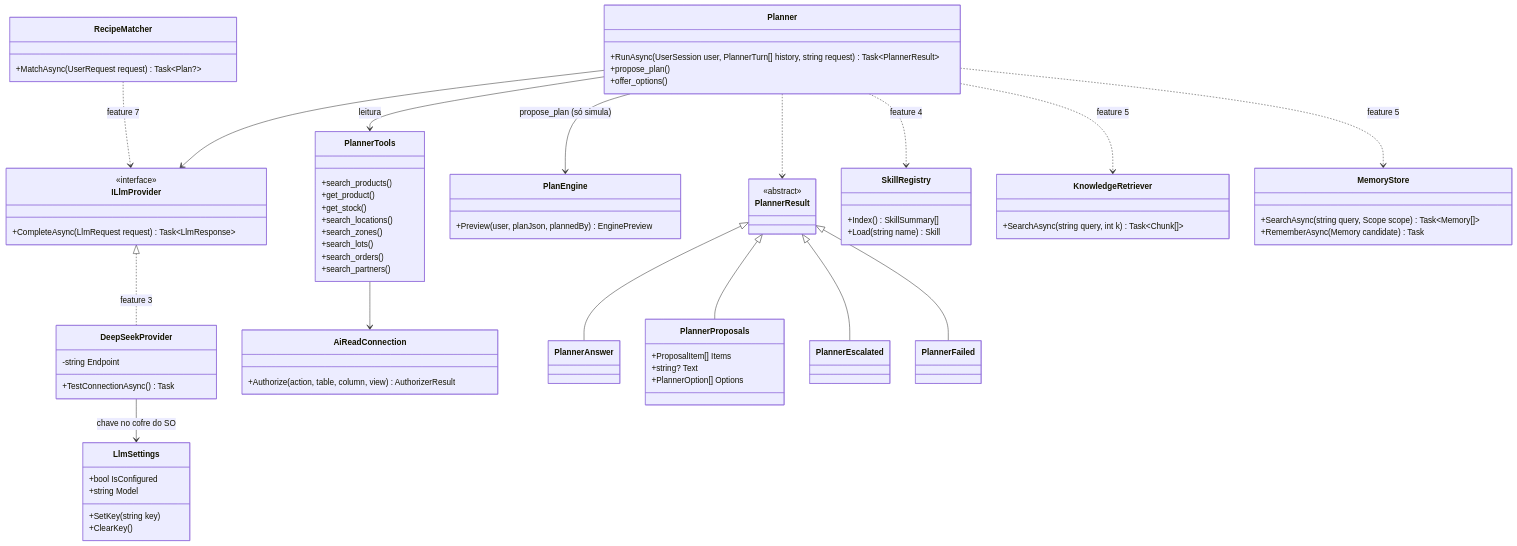
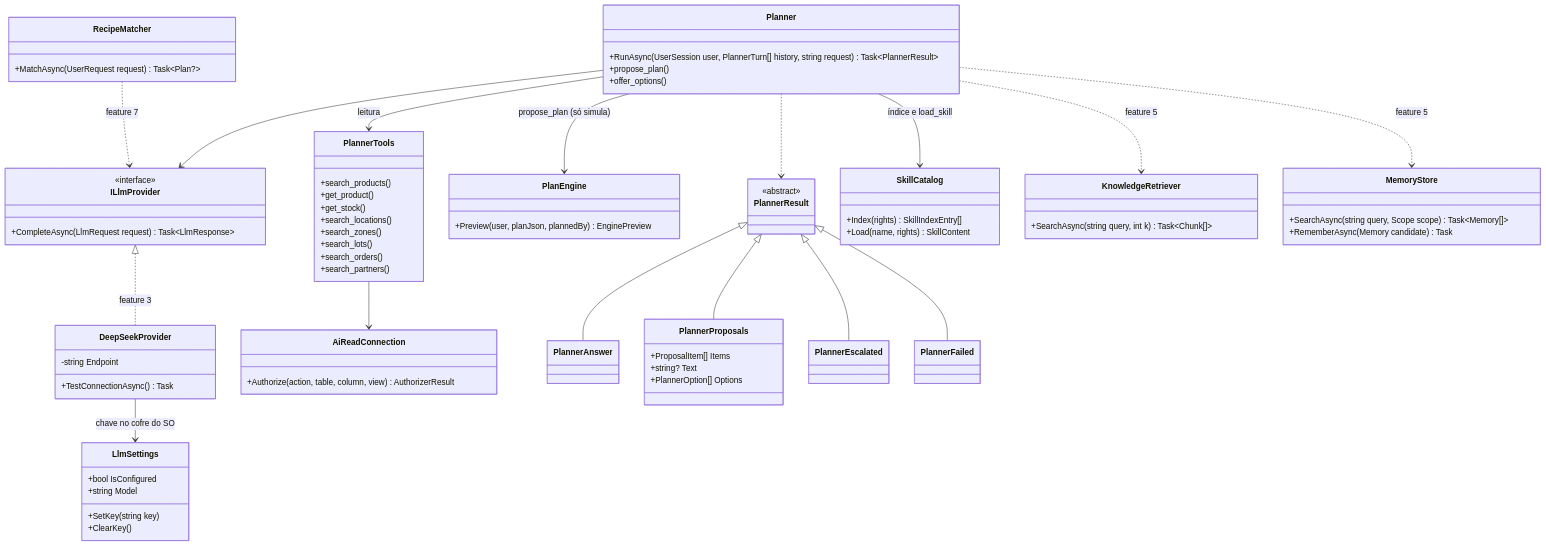
The fifth of 7 diagrams in README.md (DevSamuelSCesar/ERP-Inteligente), drawn with Mermaid before and after one commit. The commit also changed other lines of this file and 62 other files, not shown here.

````diff
--- a/README.md
+++ b/README.md
@@ -294,81 +294,81 @@
 ```mermaid
 classDiagram
     class ILlmProvider {
         <<interface>>
         +CompleteAsync(LlmRequest request) Task~LlmResponse~
     }
     class DeepSeekProvider {
         -string Endpoint
         +TestConnectionAsync() Task
     }
     class LlmSettings {
         +bool IsConfigured
         +string Model
         +SetKey(string key)
         +ClearKey()
     }
     ILlmProvider <|.. DeepSeekProvider : feature 3
     DeepSeekProvider --> LlmSettings : chave no cofre do SO
 
     class Planner {
         +RunAsync(UserSession user, PlannerTurn[] history, string request) Task~PlannerResult~
         +propose_plan()
         +offer_options()
     }
     class PlannerResult {
         <<abstract>>
     }
     class PlannerAnswer
     class PlannerProposals {
         +ProposalItem[] Items
         +string? Text
         +PlannerOption[] Options
     }
     class PlannerEscalated
     class PlannerFailed
     PlannerResult <|-- PlannerAnswer
     PlannerResult <|-- PlannerProposals
     PlannerResult <|-- PlannerEscalated
     PlannerResult <|-- PlannerFailed
     class PlannerTools {
         +search_products()
         +get_product()
         +get_stock()
         +search_locations()
         +search_zones()
         +search_lots()
         +search_orders()
         +search_partners()
     }
     class AiReadConnection {
         +Authorize(action, table, column, view) AuthorizerResult
     }
     class PlanEngine {
         +Preview(user, planJson, plannedBy) EnginePreview
     }
 
     class RecipeMatcher {
         +MatchAsync(UserRequest request) Task~Plan?~
     }
-    class SkillRegistry {
-        +Index() SkillSummary[]
-        +Load(string name) Skill
+    class SkillCatalog {
+        +Index(rights) SkillIndexEntry[]
+        +Load(name, rights) SkillContent
     }
     class KnowledgeRetriever {
         +SearchAsync(string query, int k) Task~Chunk[]~
     }
     class MemoryStore {
         +SearchAsync(string query, Scope scope) Task~Memory[]~
         +RememberAsync(Memory candidate) Task
     }
 
     Planner --> ILlmProvider
     Planner --> PlannerTools : leitura
     Planner --> PlanEngine : propose_plan (só simula)
     Planner ..> PlannerResult
     PlannerTools --> AiReadConnection
-    Planner ..> SkillRegistry : feature 4
+    Planner --> SkillCatalog : índice e load_skill
     Planner ..> KnowledgeRetriever : feature 5
     Planner ..> MemoryStore : feature 5
     RecipeMatcher ..> ILlmProvider : feature 7
 ```
````
